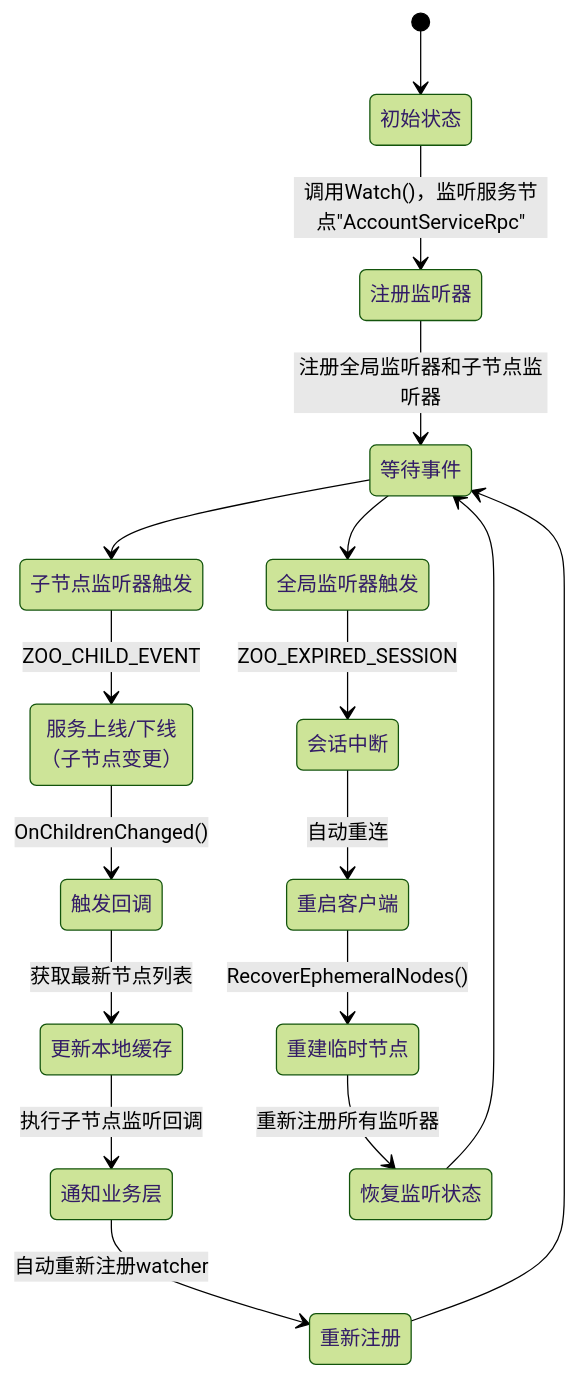
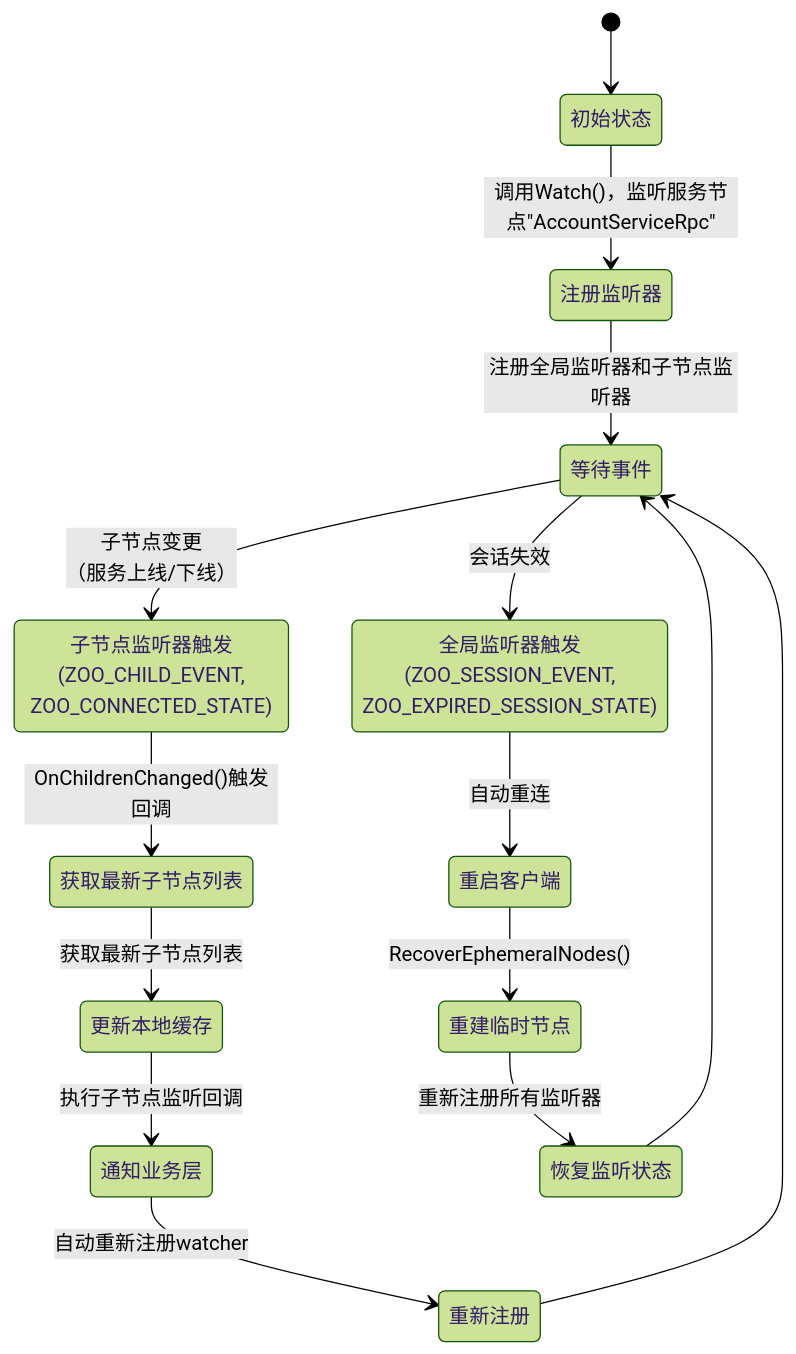
Before and after one commit to MYMarcoreus/GameServer: the third of 3 diagrams in doc/zk.md, drawn with Mermaid (forest theme). The commit also changed other lines of this file and 38 other files, not shown here.

````diff
--- a/doc/zk.md
+++ b/doc/zk.md
@@ -70,21 +75,20 @@
 ```mermaid
 stateDiagram-v2
     [*] --> 初始状态
     初始状态 --> 注册监听器: 调用Watch()，监听服务节点"AccountServiceRpc"
     注册监听器 --> 等待事件: 注册全局监听器和子节点监听器
     
-    等待事件 --> 子节点监听器触发
-    子节点监听器触发 --> 服务上线/下线<br>（子节点变更）: ZOO_CHILD_EVENT
-    服务上线/下线<br>（子节点变更） --> 触发回调: OnChildrenChanged()
-    触发回调 --> 更新本地缓存: 获取最新节点列表
+    等待事件 --> 子节点监听器触发(ZOO_CHILD_EVENT,<br>ZOO_CONNECTED_STATE): 子节点变更<br>（服务上线/下线）
+    子节点监听器触发(ZOO_CHILD_EVENT,<br>ZOO_CONNECTED_STATE) --> 获取最新子节点列表: OnChildrenChanged()触发回调
+    获取最新子节点列表 --> 更新本地缓存: 获取最新子节点列表
     更新本地缓存 --> 通知业务层: 执行子节点监听回调
     通知业务层 --> 重新注册: 自动重新注册watcher
     重新注册 --> 等待事件
     
-    等待事件 --> 全局监听器触发
-    全局监听器触发 --> 会话中断: ZOO_EXPIRED_SESSION
-    会话中断 --> 重启客户端: 自动重连
+    
+    等待事件 --> 全局监听器触发(ZOO_SESSION_EVENT,<br>ZOO_EXPIRED_SESSION_STATE): 会话失效
+    全局监听器触发(ZOO_SESSION_EVENT,<br>ZOO_EXPIRED_SESSION_STATE) --> 重启客户端: 自动重连
     重启客户端 --> 重建临时节点: RecoverEphemeralNodes()
     重建临时节点 --> 恢复监听状态: 重新注册所有监听器
     恢复监听状态 --> 等待事件
 ```
````
